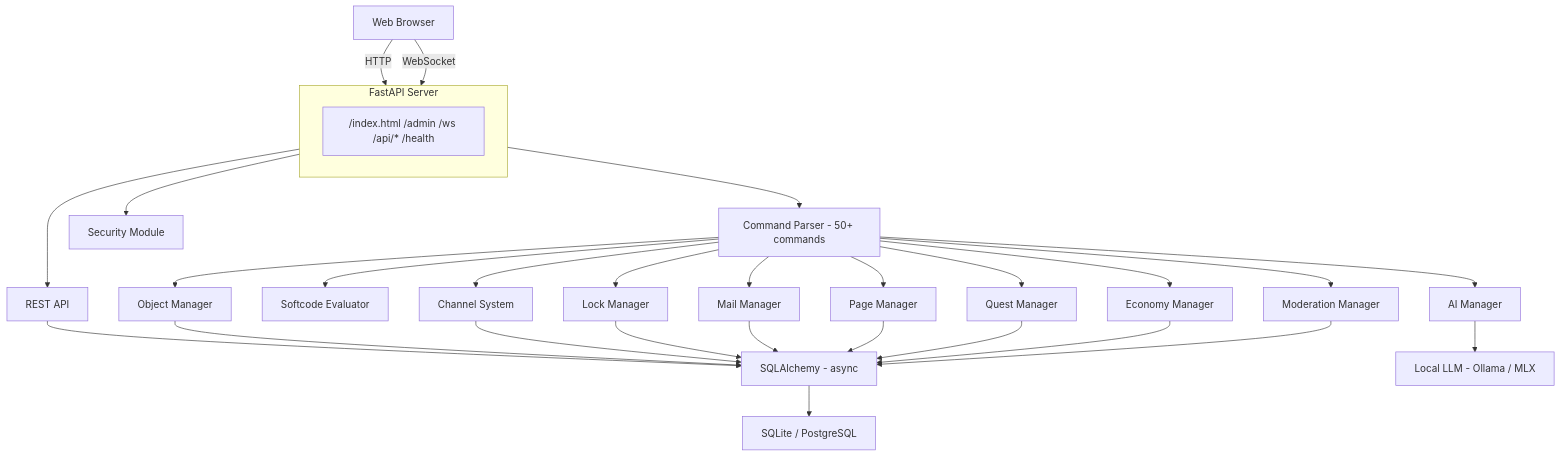
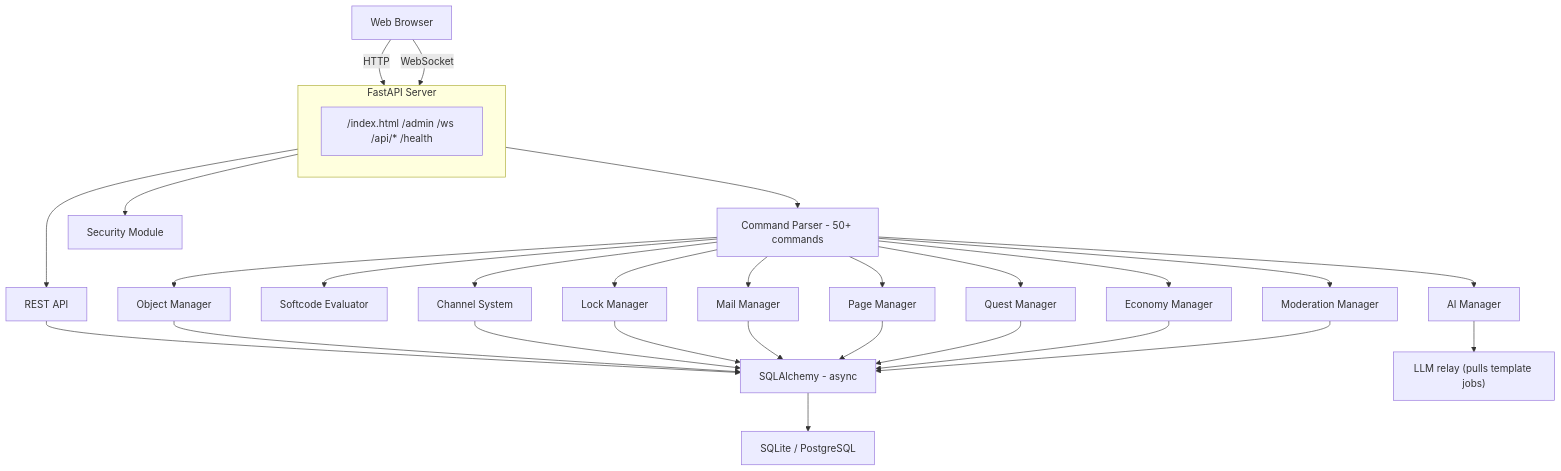
The diagram in README.md (kochj23/Web-Pennmush), drawn with Mermaid before and after one commit. The commit also changed other lines of this file and 39 other files, not shown here.

````diff
--- a/README.md
+++ b/README.md
@@ -18,37 +18,37 @@
 ```mermaid
 graph TD
     Browser["Web Browser"] -- "HTTP" --> FastAPI
     Browser -- "WebSocket" --> FastAPI
 
     subgraph FastAPI["FastAPI Server"]
         Routes["/index.html /admin /ws /api/* /health"]
     end
 
     FastAPI --> CP["Command Parser - 50+ commands"]
     FastAPI --> REST["REST API"]
     FastAPI --> SEC["Security Module"]
 
     CP --> OBJ["Object Manager"]
     CP --> SC["Softcode Evaluator"]
     CP --> CH["Channel System"]
     CP --> LK["Lock Manager"]
     CP --> ML["Mail Manager"]
     CP --> PG["Page Manager"]
     CP --> QM["Quest Manager"]
     CP --> EC["Economy Manager"]
     CP --> MOD["Moderation Manager"]
     CP --> AI["AI Manager"]
 
     REST --> ORM["SQLAlchemy - async"]
     OBJ --> ORM
     CH --> ORM
     LK --> ORM
     ML --> ORM
     PG --> ORM
     QM --> ORM
     EC --> ORM
     MOD --> ORM
 
     ORM --> DB["SQLite / PostgreSQL"]
-    AI --> LLM["Local LLM - Ollama / MLX"]
+    AI --> LLM["LLM relay (pulls template jobs)"]
 ```
````
